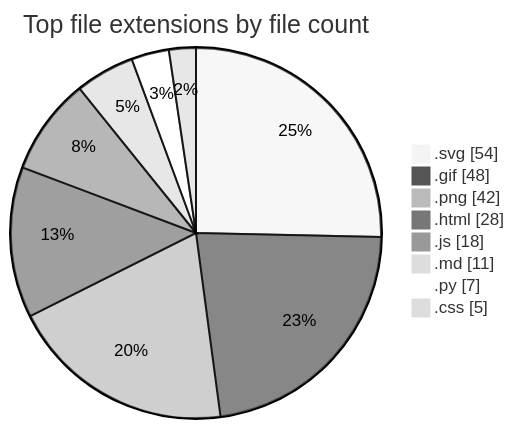
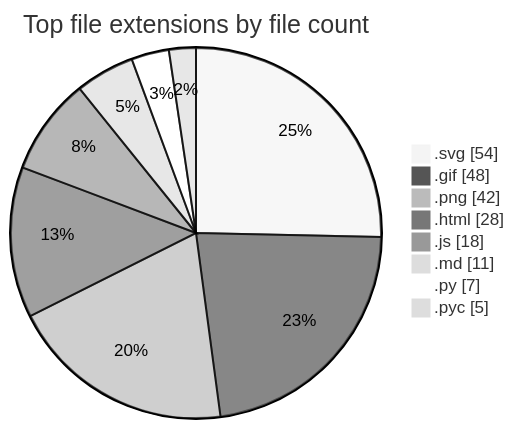
Before and after one commit to tchinso/tchinso: the second of 2 diagrams in README.md, drawn with Mermaid (neutral theme). The commit also changed other lines of this file, not shown here.

````diff
--- a/README.md
+++ b/README.md
@@ -50,12 +50,12 @@
 ```mermaid
 pie showData
     title Top file extensions by file count
     ".svg" : 54
     ".gif" : 48
     ".png" : 42
     ".html" : 28
     ".js" : 18
     ".md" : 11
     ".py" : 7
-    ".css" : 5
+    ".pyc" : 5
 ```
````
